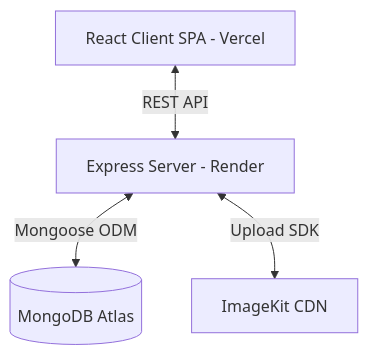
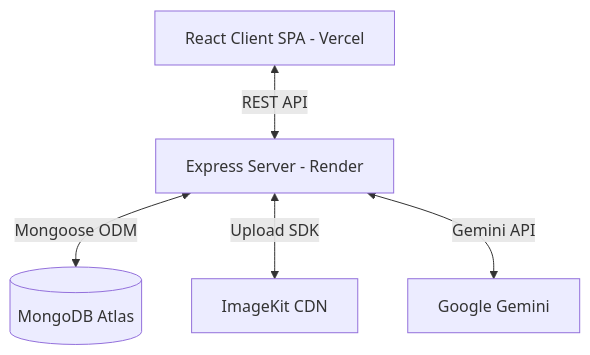
The diagram in PROJECT.md (Ayush7433/Expense-Tracker), drawn with Mermaid before and after one commit. The commit also changed other lines of this file, not shown here.

````diff
--- a/PROJECT.md
+++ b/PROJECT.md
@@ -50,6 +53,7 @@
 ```mermaid
 graph TD
     Client[React Client SPA - Vercel] <-->|REST API| Server[Express Server - Render]
     Server <-->|Mongoose ODM| DB[(MongoDB Atlas)]
     Server <-->|Upload SDK| IK[ImageKit CDN]
+    Server <-->|Gemini API| AI[Google Gemini]
 ```
````
